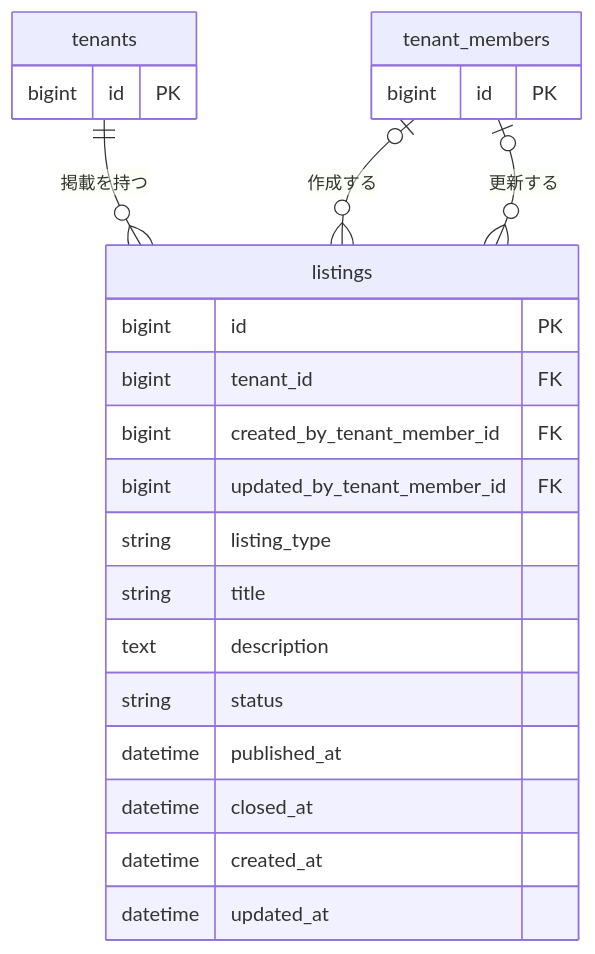
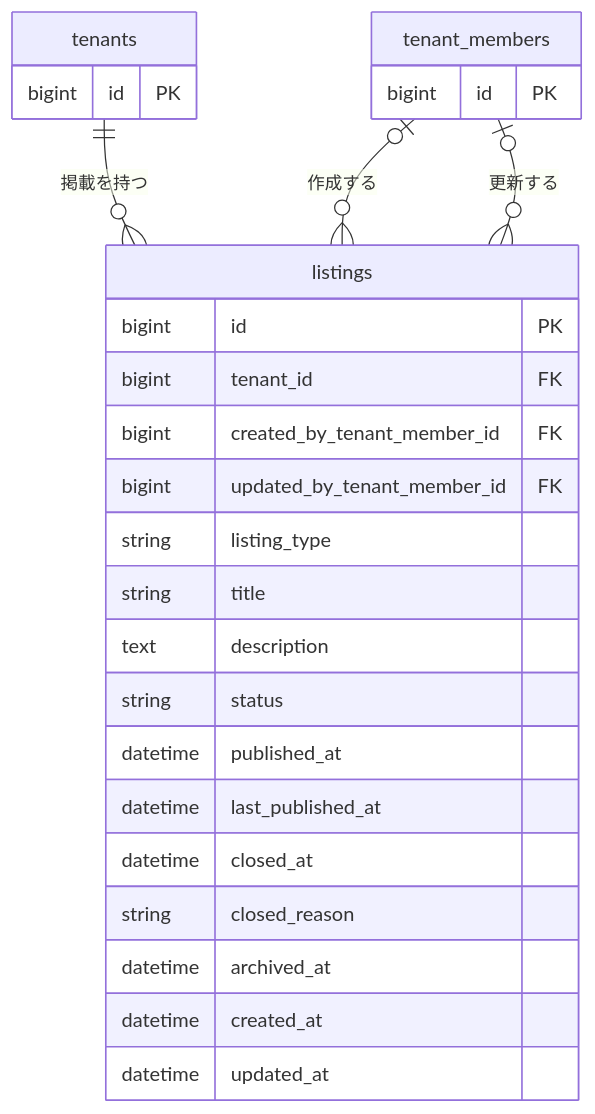
Before and after one commit to t0kio2/community-hub: the second of 8 diagrams in docs/er/01-listing.md, drawn with Mermaid. The commit also changed other lines of this file and 6 other files, not shown here.

````diff
--- a/docs/er/01-listing.md
+++ b/docs/er/01-listing.md
@@ -25,29 +27,32 @@
 ```mermaid
 erDiagram
     tenants {
         bigint id PK
     }
 
     tenant_members {
         bigint id PK
     }
 
     listings {
         bigint id PK
         bigint tenant_id FK
         bigint created_by_tenant_member_id FK
         bigint updated_by_tenant_member_id FK
         string listing_type
         string title
         text description
         string status
         datetime published_at
+        datetime last_published_at
         datetime closed_at
+        string closed_reason
+        datetime archived_at
         datetime created_at
         datetime updated_at
     }
 
     tenants ||--o{ listings : "掲載を持つ"
     tenant_members o|--o{ listings : "作成する"
     tenant_members o|--o{ listings : "更新する"
 ```
````
